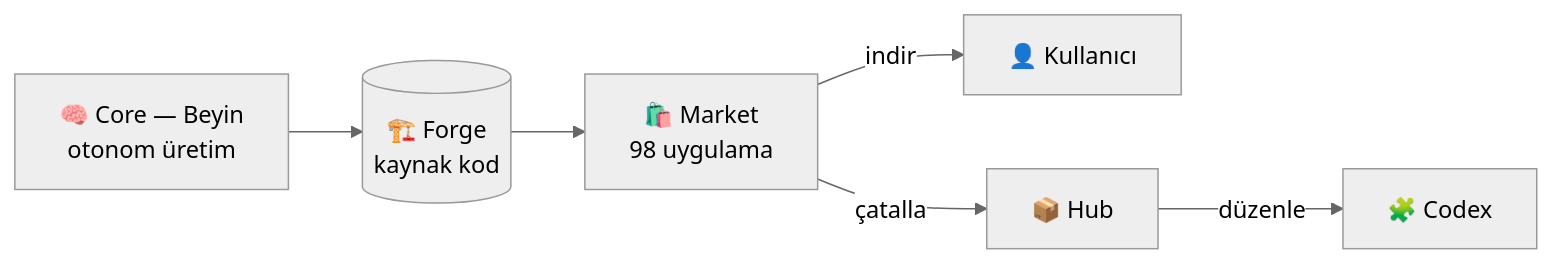
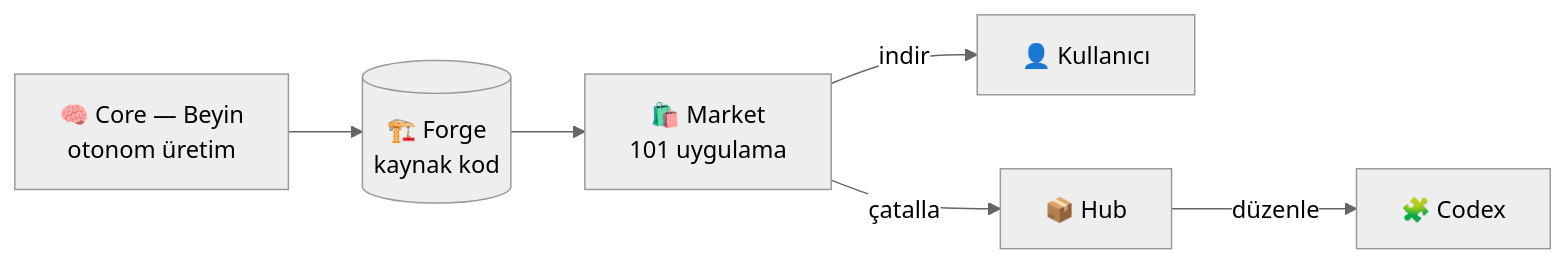
Before and after one commit to numexai/numex-market: the diagram in README.md, drawn with Mermaid (neutral theme). The commit also changed other lines of this file and 75 other files, not shown here.

````diff
--- a/README.md
+++ b/README.md
@@ -85,8 +85,8 @@
 ```mermaid
 flowchart LR
   CORE[🧠 Core — Beyin<br/>otonom üretim] --> FORGE[(🏗️ Forge<br/>kaynak kod)]
-  FORGE --> MARKET[🛍️ Market<br/>98 uygulama]
+  FORGE --> MARKET[🛍️ Market<br/>101 uygulama]
   MARKET -->|indir| USER[👤 Kullanıcı]
   MARKET -->|çatalla| HUB[📦 Hub]
   HUB -->|düzenle| CODEX[🧩 Codex]
 ```
````
